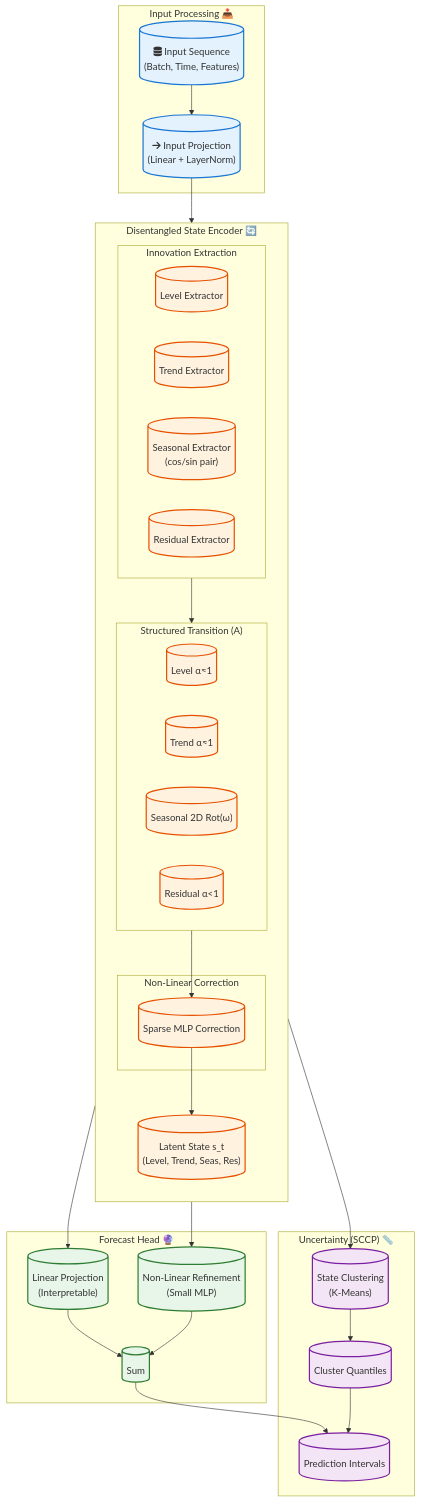
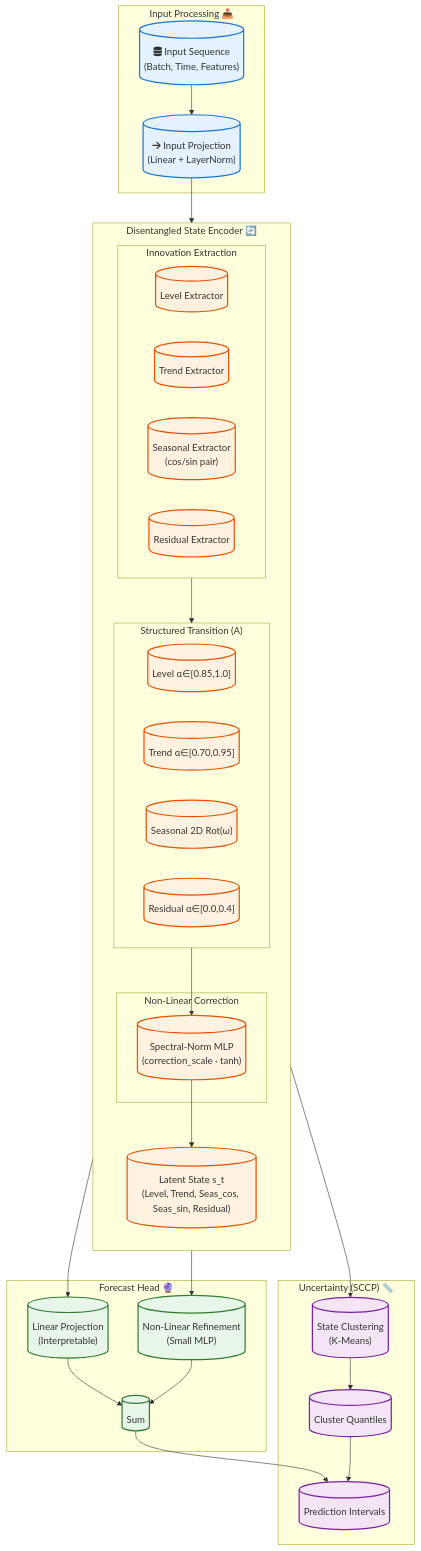
The diagram in docs/flow_diagram.md (Narden91/CISSN), drawn with Mermaid before and after one commit. The commit also changed 6 other files, not shown here.

````diff
--- a/docs/flow_diagram.md
+++ b/docs/flow_diagram.md
@@ -1,67 +1,67 @@
 ```mermaid
 flowchart TB
     subgraph Input["Input Processing 📥"]
         X[("fa:fa-database Input Sequence\n(Batch, Time, Features)")]
         Proj[("fa:fa-arrow-right Input Projection\n(Linear + LayerNorm)")]
         X --> Proj
     end
 
     subgraph Encoder["Disentangled State Encoder 🔄"]
         direction TB
         
         subgraph extraction["Innovation Extraction"]
             E1[("Level Extractor")]
             E2[("Trend Extractor")]
             E3[("Seasonal Extractor\n(cos/sin pair)")]
             E4[("Residual Extractor")]
         end
         
         subgraph transition["Structured Transition (A)"]
-            T1[("Level α≈1")]
-            T2[("Trend α≈1")]
+            T1[("Level α∈[0.85,1.0]")]
+            T2[("Trend α∈[0.70,0.95]")]
             T3[("Seasonal 2D Rot(ω)")]
-            T4[("Residual α<1")]
+            T4[("Residual α∈[0.0,0.4]")]
         end
         
         subgraph correction["Non-Linear Correction"]
-            MLP[("Sparse MLP Correction")]
+            MLP[("Spectral-Norm MLP\n(correction_scale · tanh)")]
         end
-        
+
         Proj --> extraction
         extraction --> transition
         transition --> MLP
-        MLP --> State[("Latent State s_t\n(Level, Trend, Seas, Res)")]
+        MLP --> State[("Latent State s_t\n(Level, Trend, Seas_cos, Seas_sin, Residual)")]
     end
     
     subgraph Forecast["Forecast Head 🔮"]
         Linear[("Linear Projection\n(Interpretable)")]
         NonLinear[("Non-Linear Refinement\n(Small MLP)")]
         Sum[("Sum")]
         
         State --> Linear
         State --> NonLinear
         Linear --> Sum
         NonLinear --> Sum
     end
     
     subgraph Conformal["Uncertainty (SCCP) 📏"]
         Cluster[("State Clustering\n(K-Means)")]
         Quantile[("Cluster Quantiles")]
         Intervals[("Prediction Intervals")]
         
         State --> Cluster
         Cluster --> Quantile
         Sum --> Intervals
         Quantile --> Intervals
     end
 
     classDef input fill:#e3f2fd,stroke:#1976d2,stroke-width:2px;
     classDef encoder fill:#fff3e0,stroke:#e65100,stroke-width:2px;
     classDef forecast fill:#e8f5e9,stroke:#2e7d32,stroke-width:2px;
     classDef conformal fill:#f3e5f5,stroke:#7b1fa2,stroke-width:2px;
     
     class X,Proj input;
     class E1,E2,E3,E4,T1,T2,T3,T4,MLP,State encoder;
     class Linear,NonLinear,Sum forecast;
     class Cluster,Quantile,Intervals conformal;
 ```
````
